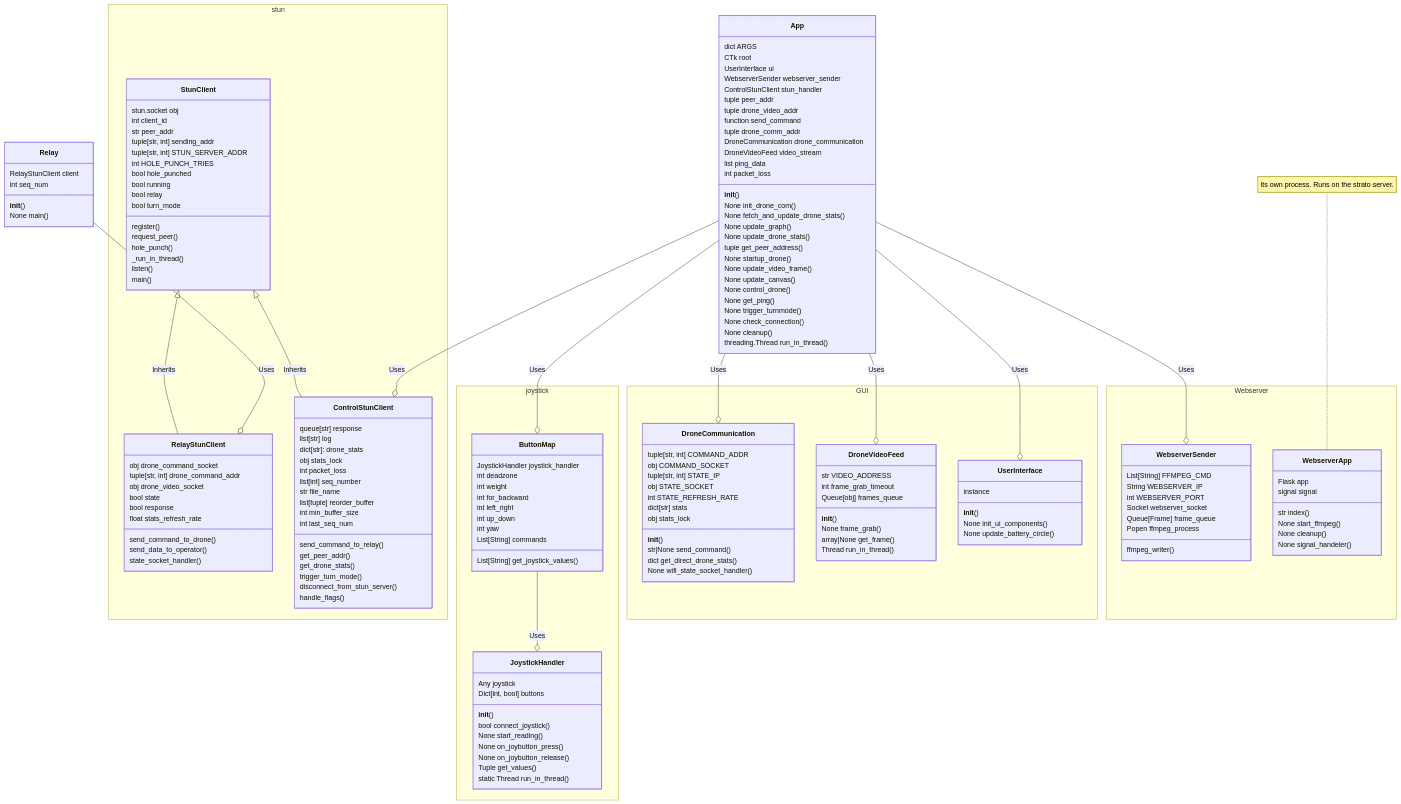
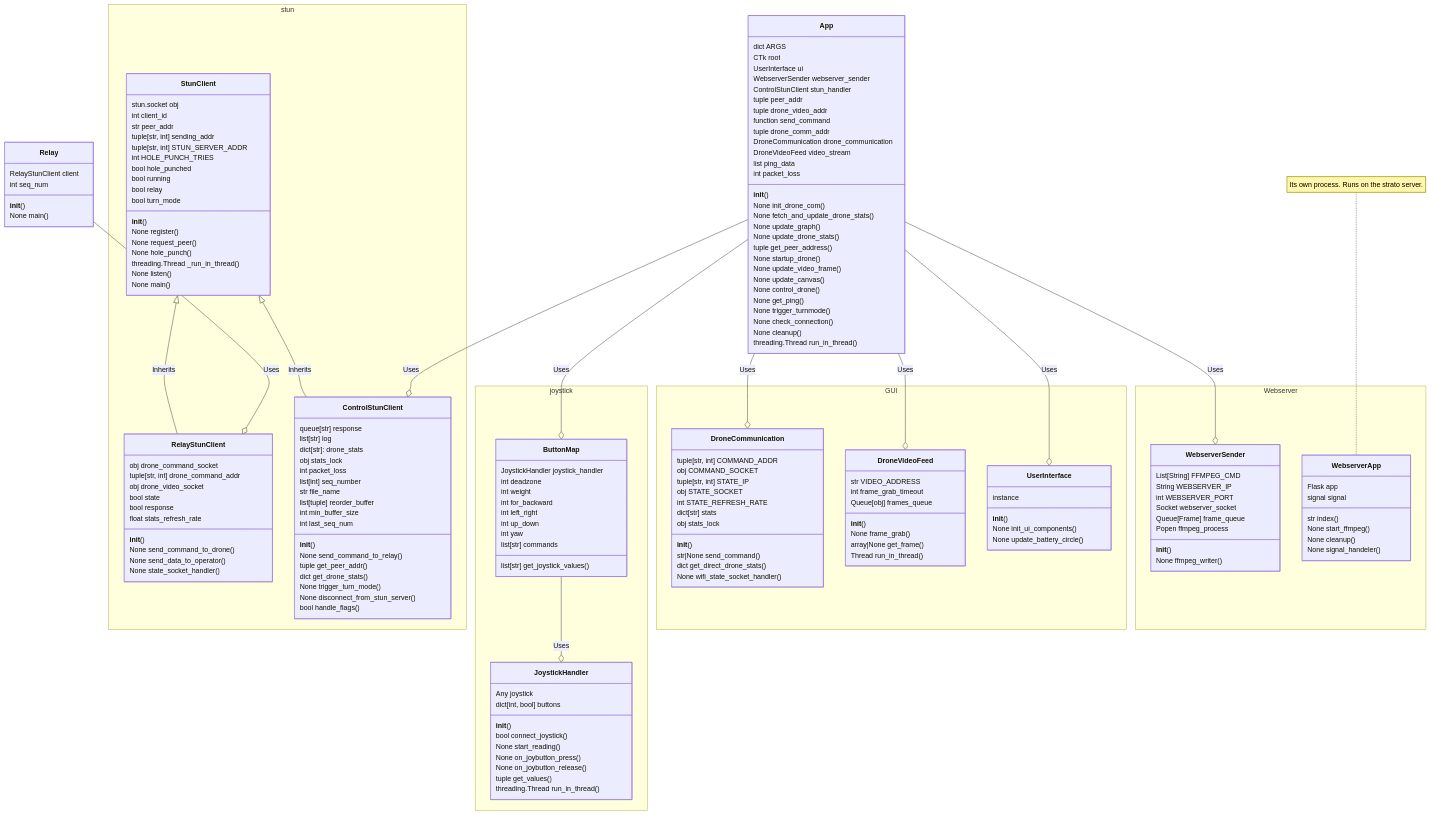
Before and after one commit to kingoz9000/Drone: the diagram in diagrams/classdiagram.md, drawn with Mermaid.

Commit message:
updated classdiagram, f u kolle

```diff
--- a/diagrams/classdiagram.md
+++ b/diagrams/classdiagram.md
@@ -16,12 +16,13 @@
         bool running
         bool relay
         bool turn_mode
-        register()
-        request_peer()
-        hole_punch()
-        _run_in_thread()
-        listen()
-        main()
+        __init__()
+        None register()
+        None request_peer()
+        None hole_punch()
+        threading.Thread _run_in_thread()
+        None listen()
+        None main()
     }
 
     class RelayStunClient{
@@ -31,9 +32,10 @@
         bool state
         bool response
         float stats_refresh_rate
-        send_command_to_drone()
-        send_data_to_operator()
-        state_socket_handler()
+        __init__()
+        None send_command_to_drone()
+        None send_data_to_operator()
+        None state_socket_handler()
     }
 
     class ControlStunClient{
@@ -47,12 +49,13 @@
         list[tuple] reorder_buffer
         int min_buffer_size
         int last_seq_num
-        send_command_to_relay()
-        get_peer_addr()
-        get_drone_stats()
-        trigger_turn_mode()
-        disconnect_from_stun_server()
-        handle_flags()
+        __init__()
+        None send_command_to_relay()
+        tuple get_peer_addr()
+        dict get_drone_stats()
+        None trigger_turn_mode()
+        None disconnect_from_stun_server()
+        bool handle_flags()
     }
 }
 ButtonMap --o JoystickHandler : Uses
@@ -65,20 +68,20 @@
         int left_right
         int up_down
         int yaw
-        List[String] commands
-        List[String] get_joystick_values()
+        list[str] commands
+        list[str] get_joystick_values()
     }
 
     class JoystickHandler {
         Any joystick
-        Dict[int, bool] buttons
+        dict[int, bool] buttons
         __init__()
         bool connect_joystick()
         None start_reading()
         None on_joybutton_press()
         None on_joybutton_release()
-        Tuple get_values()
-        static Thread run_in_thread()
+        tuple get_values()
+        threading.Thread run_in_thread()
     }
 }
 namespace GUI{
@@ -120,7 +123,8 @@
         Socket webserver_socket
         Queue[Frame] frame_queue
         Popen ffmpeg_process
-        ffmpeg_writer()
+        __init__()
+        None ffmpeg_writer()
     }
     class WebserverApp{
         str index()
```
